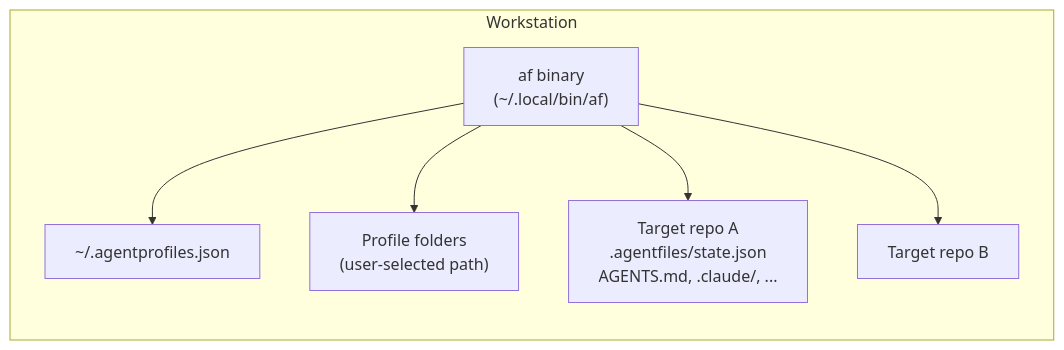
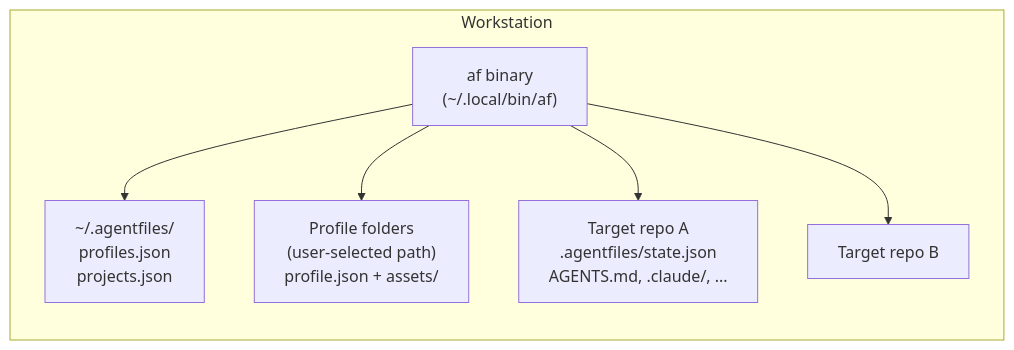
Before and after one commit to Hexworks/agentfiles: the diagram in docs/architecture/07-deployment-view.md, drawn with Mermaid. The commit also changed other lines of this file and 30 other files, not shown here.

````diff
--- a/docs/architecture/07-deployment-view.md
+++ b/docs/architecture/07-deployment-view.md
@@ -8,15 +8,15 @@
 ```mermaid
 flowchart LR
     subgraph Workstation
         Bin["af binary<br/>(~/.local/bin/af)"]
-        Reg["~/.agentprofiles.json"]
-        Profiles["Profile folders<br/>(user-selected path)"]
+        UserCfg["~/.agentfiles/<br/>profiles.json<br/>projects.json"]
+        Profiles["Profile folders<br/>(user-selected path)<br/>profile.json + assets/"]
         Repo1["Target repo A<br/>.agentfiles/state.json<br/>AGENTS.md, .claude/, ..."]
         Repo2["Target repo B"]
     end
 
-    Bin --> Reg
+    Bin --> UserCfg
     Bin --> Profiles
     Bin --> Repo1
     Bin --> Repo2
 ```
````
